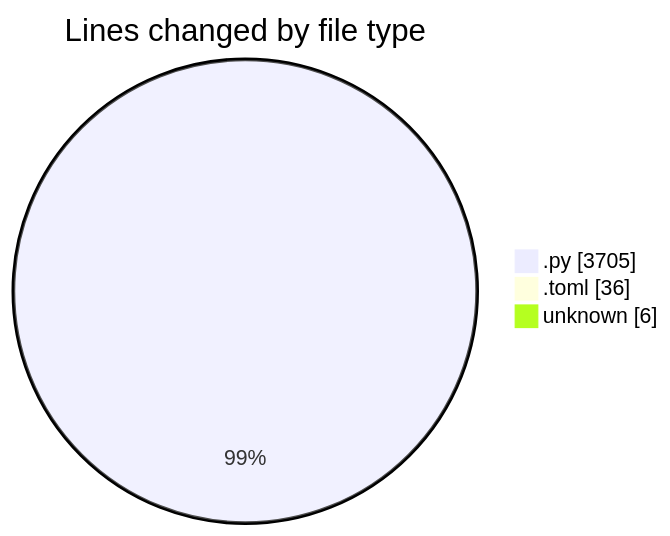
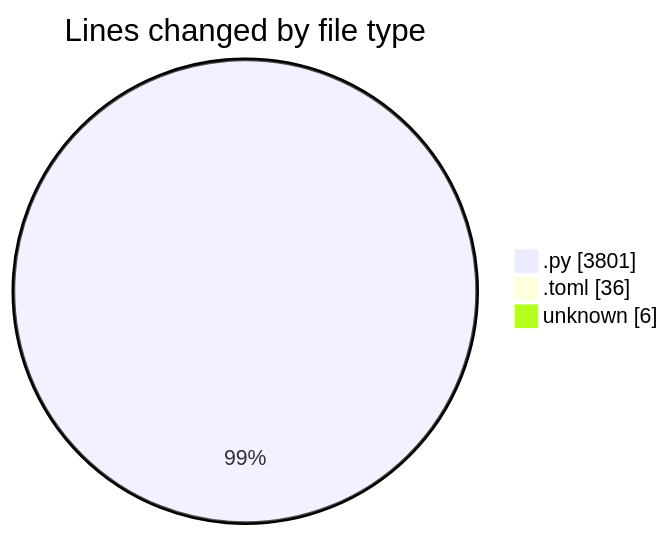
One commit to julien-gomy/code-tracking changed the first of 2 diagrams in 2025-11-20/eventscop-api-guide__workspace_/README.md. Above: the diagram before and after it, drawn with Mermaid. The commit also changed other lines of this file and 1 other file, not shown here.

````diff
--- a/2025-11-20/eventscop-api-guide__workspace_/README.md
+++ b/2025-11-20/eventscop-api-guide__workspace_/README.md
@@ -35,7 +36,7 @@
 ```mermaid
 pie showData
 title Lines changed by file type
-".py" : 3705
+".py" : 3801
 ".toml" : 36
 "unknown" : 6
 ```
````
